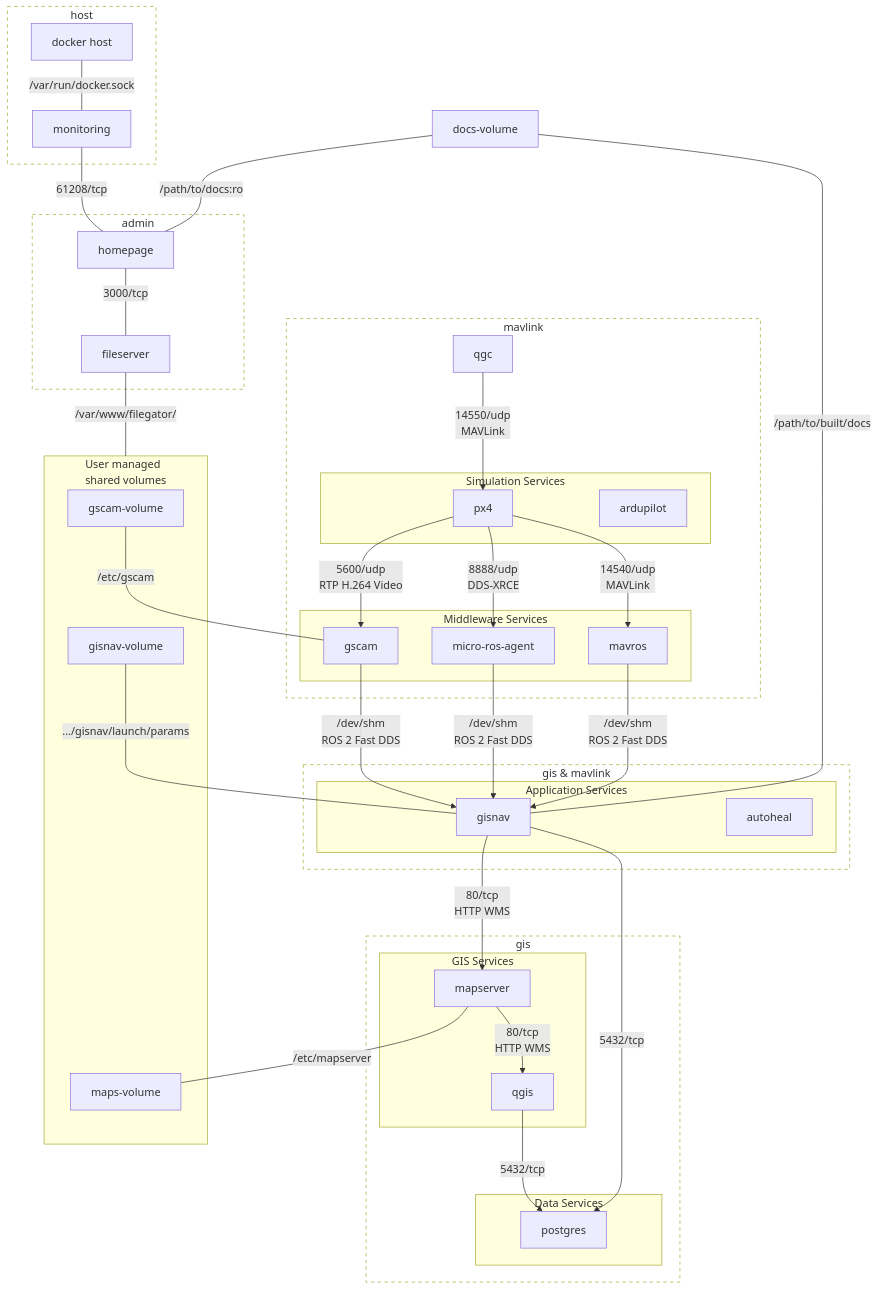
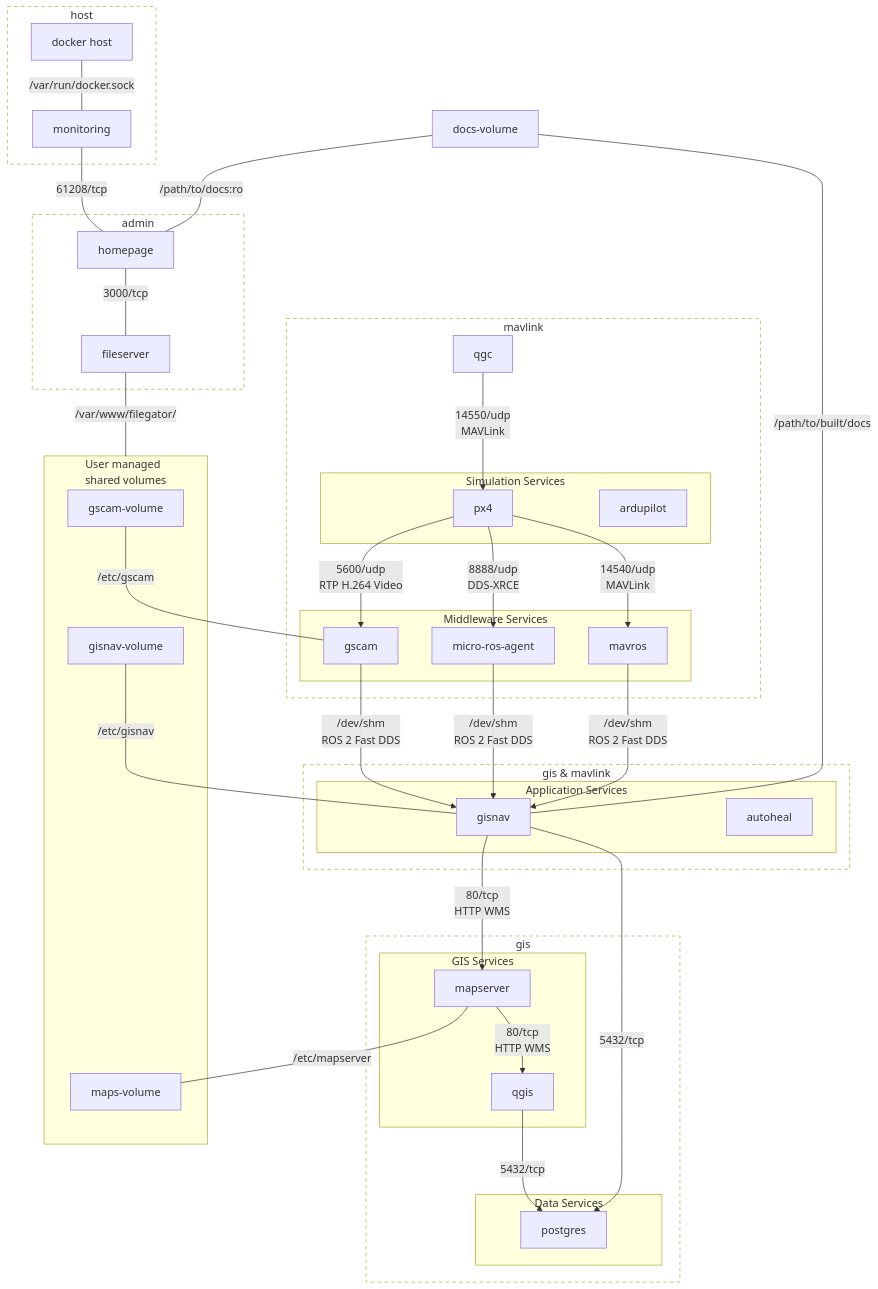
The diagram in docker/DOCKER.rst (hmakelin/gisnav), drawn with Mermaid before and after one commit. The commit also changed 3 other files, not shown here.

Commit message:
Fix gisnav-volume mapping

```diff
--- a/docker/DOCKER.rst
+++ b/docker/DOCKER.rst
@@ -34,75 +34,75 @@
 .. mermaid::
 
     graph TD
         subgraph mavlink ["mavlink"]
             mavlink_qgc[qgc]
             subgraph simulation ["Simulation Services"]
                 simulation_px4[px4]
                 simulation_ardupilot[ardupilot]
             end
             subgraph middleware ["Middleware Services"]
                 middleware_mavros[mavros]
                 middleware_micro_ros_agent[micro-ros-agent]
                 middleware_gscam[gscam]
             end
         end
 
         subgraph gis_mavlink ["gis & mavlink"]
             subgraph application ["Application Services"]
                 application_gisnav[gisnav]
                 application_autoheal[autoheal]
             end
         end
         subgraph gis ["gis"]
             subgraph gis_services ["GIS Services"]
                 gis_mapserver[mapserver]
                 gis_qgis[qgis]
             end
             subgraph data_services ["Data Services"]
                 gis_postgres[postgres]
             end
         end
 
         subgraph admin ["admin"]
             homepage[homepage]
             fileserver[fileserver]
         end
 
         subgraph volumes ["User managed\nshared volumes"]
             gscam_volume[gscam-volume]
             gis_maps_volume[maps-volume]
             application_gisnav_volume[gisnav-volume]
         end
         application_docs_volume[docs-volume]
 
         mavlink_qgc -->|14550/udp\nMAVLink| simulation_px4
         simulation_px4 -->|14540/udp\nMAVLink| middleware_mavros
         simulation_px4 -->|8888/udp\nDDS-XRCE | middleware_micro_ros_agent
         simulation_px4 -->|5600/udp\nRTP H.264 Video| middleware_gscam
         middleware_mavros -->|/dev/shm\nROS 2 Fast DDS| application_gisnav
         middleware_micro_ros_agent -->|/dev/shm\nROS 2 Fast DDS| application_gisnav
         middleware_gscam -->|/dev/shm\nROS 2 Fast DDS| application_gisnav
         application_gisnav -->|5432/tcp| gis_postgres
 
         application_gisnav -->|80/tcp\nHTTP WMS| gis_mapserver
         gis_mapserver -->|80/tcp\nHTTP WMS| gis_qgis
         gis_qgis -->|5432/tcp| gis_postgres
         gis_mapserver ---|/etc/mapserver| gis_maps_volume
-        application_gisnav_volume ---|.../gisnav/launch/params| application_gisnav
+        application_gisnav_volume ---|/etc/gisnav| application_gisnav
         application_docs_volume ---|/path/to/built/docs| application_gisnav
         homepage ---|3000/tcp| fileserver
         fileserver ---|"/var/www/filegator/"| volumes
         gscam_volume ---|/etc/gscam| middleware_gscam
 
         application_docs_volume ---|/path/to/docs:ro| homepage
 
         subgraph host ["host"]
             monitoring["monitoring"]
             docker_host["docker host"]
         end
 
         monitoring ---|61208/tcp| homepage
         docker_host ---|/var/run/docker.sock| monitoring
 
         classDef network fill:transparent,stroke-dasharray:5 5;
         class mavlink,gis,gis_mavlink,admin,admin_gis,host network
```
